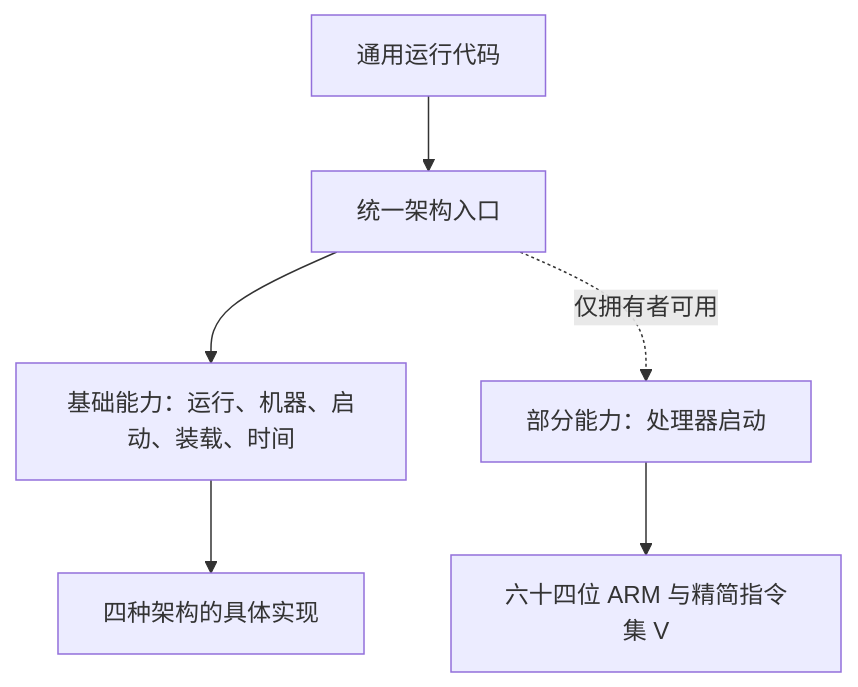
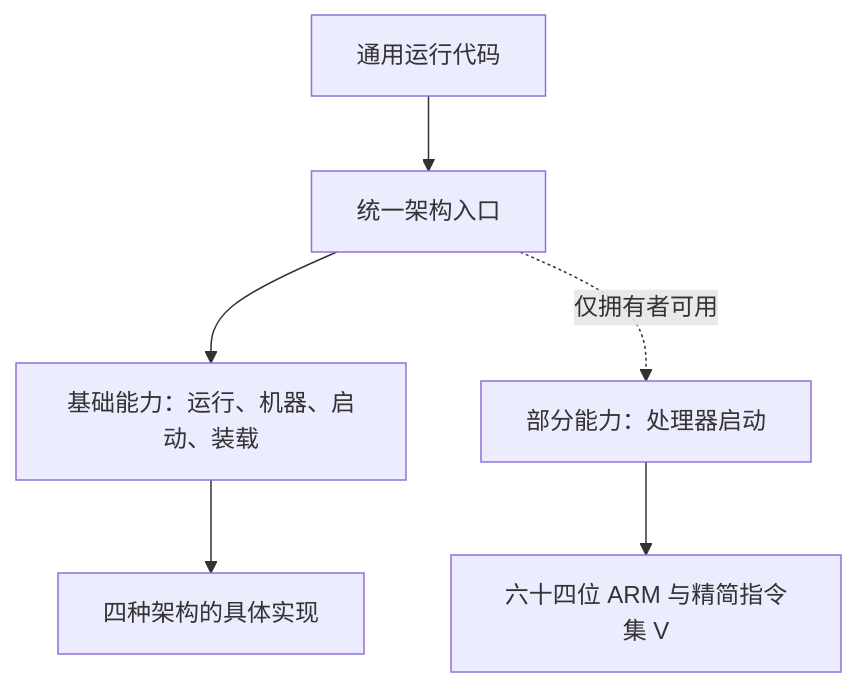
Before and after one commit to rcore-os/tgoskits: the diagram in docs/design/axvm-capability-layering.md, drawn with Mermaid. The commit also changed other lines of this file and 82 other files, not shown here.

````diff
--- a/docs/design/axvm-capability-layering.md
+++ b/docs/design/axvm-capability-layering.md
@@ -132,8 +128,8 @@
 ```mermaid
 flowchart TB
     通用运行代码["通用运行代码"] --> 统一入口["统一架构入口"]
-    统一入口 --> 基础能力["基础能力：运行、机器、启动、装载、时间"]
+    统一入口 --> 基础能力["基础能力：运行、机器、启动、装载"]
     统一入口 -.仅拥有者可用.-> 部分能力["部分能力：处理器启动"]
     基础能力 --> 具体架构["四种架构的具体实现"]
     部分能力 --> 部分架构["六十四位 ARM 与精简指令集 V"]
 ```
````
